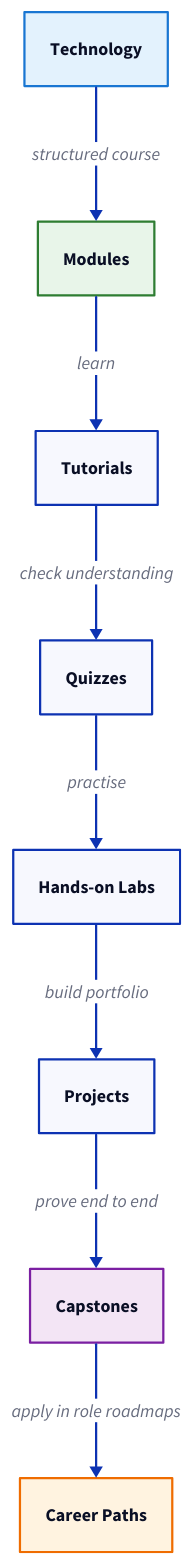
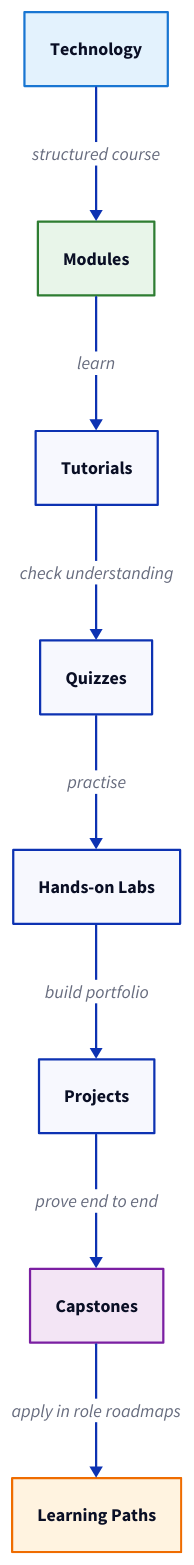
One commit to rebash-rebash/rebash-academy changed the diagram in docs/assets/d2/technology-learning-flow.d2. Above: the diagram before and after it, drawn with D2. The commit also changed 433 other files, not shown here.

First line of the commit message:
Ship homepage redesign, curated nav, and Learning Paths rename.

```diff
--- a/docs/assets/d2/technology-learning-flow.d2
+++ b/docs/assets/d2/technology-learning-flow.d2
@@ -1,59 +1,59 @@
 direction: down
 
 Technology: Technology {
   shape: rectangle
   style: {
     bold: true
     fill: "#E3F2FD"
     stroke: "#1976D2"
   }
 }
 
 Modules: Modules {
   shape: rectangle
   style: {
     fill: "#E8F5E9"
     stroke: "#2E7D32"
   }
 }
 
 Tutorials: Tutorials {
   shape: rectangle
 }
 
 Quizzes: Quizzes {
   shape: rectangle
 }
 
 Labs: Hands-on Labs {
   shape: rectangle
 }
 
 Projects: Projects {
   shape: rectangle
 }
 
 Capstones: Capstones {
   shape: rectangle
   style: {
     fill: "#F3E5F5"
     stroke: "#7B1FA2"
   }
 }
 
-CareerPaths: Career Paths {
+LearningPaths: Learning Paths {
   shape: rectangle
   style: {
     bold: true
     fill: "#FFF3E0"
     stroke: "#EF6C00"
   }
 }
 
 Technology -> Modules: structured course
 Modules -> Tutorials: learn
 Tutorials -> Quizzes: check understanding
 Quizzes -> Labs: practise
 Labs -> Projects: build portfolio
 Projects -> Capstones: prove end to end
-Capstones -> CareerPaths: apply in role roadmaps
+Capstones -> LearningPaths: apply in role roadmaps
```
